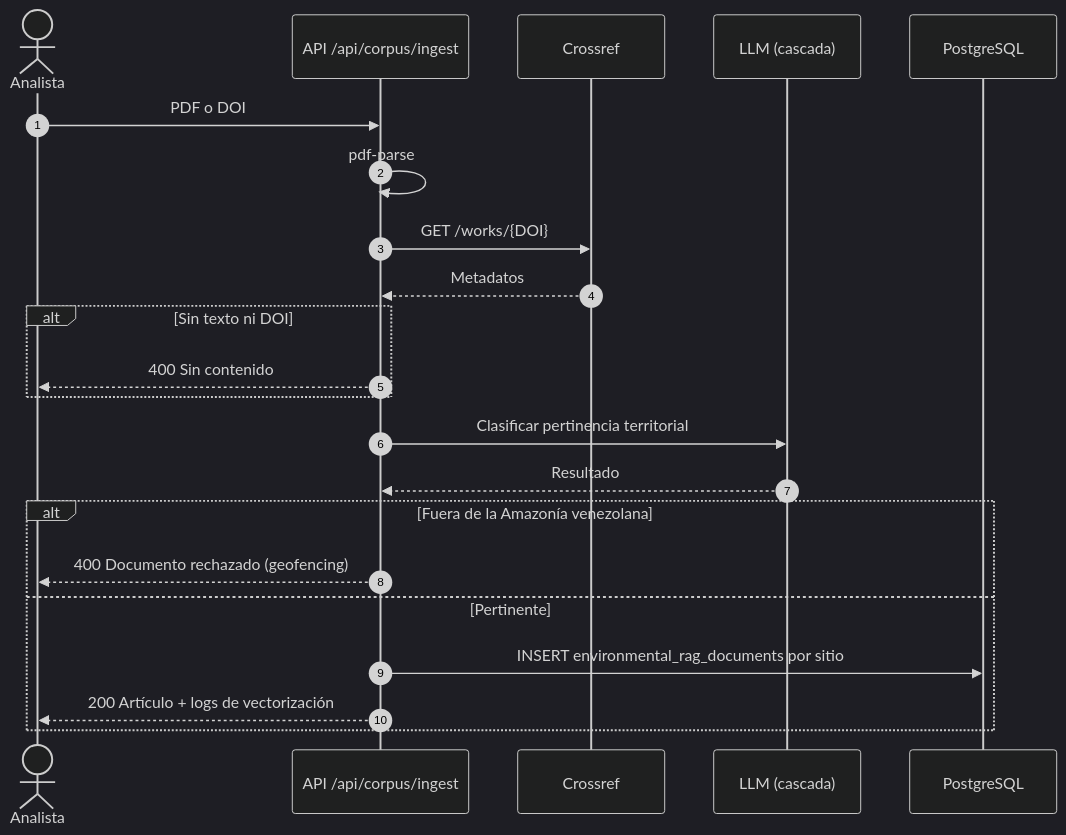
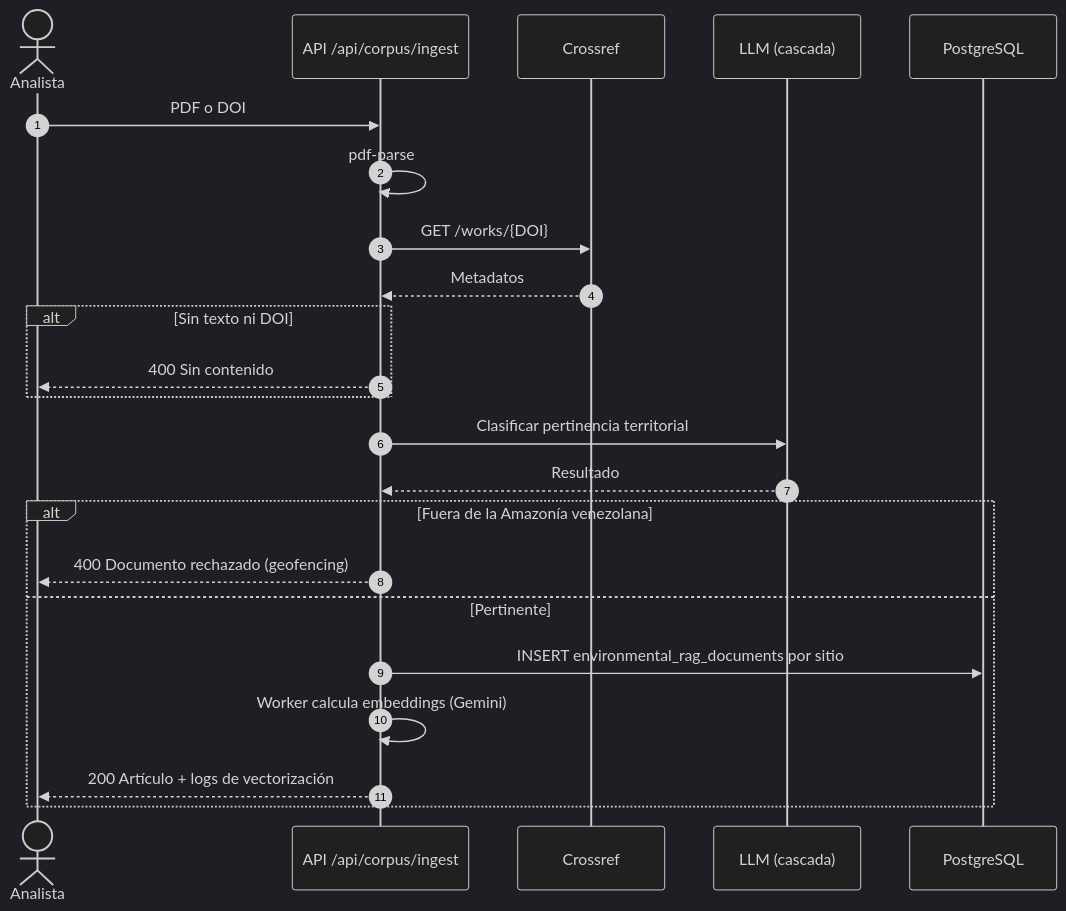
Before and after one commit to juliocanelon/centinela-orinoco-2026: the seventh of 15 diagrams in docs/informe-preliminar-claude.md, drawn with Mermaid (dark theme). The commit also changed other lines of this file and 4 other files, not shown here.

````diff
--- a/docs/informe-preliminar-claude.md
+++ b/docs/informe-preliminar-claude.md
@@ -522,24 +522,25 @@
 ```mermaid
 sequenceDiagram
   autonumber
   actor A as Analista
   participant API as API /api/corpus/ingest
   participant CR as Crossref
   participant L as LLM (cascada)
   participant P as PostgreSQL
   A->>API: PDF o DOI
   API->>API: pdf-parse
   API->>CR: GET /works/{DOI}
   CR-->>API: Metadatos
   alt Sin texto ni DOI
     API-->>A: 400 Sin contenido
   end
   API->>L: Clasificar pertinencia territorial
   L-->>API: Resultado
   alt Fuera de la Amazonía venezolana
     API-->>A: 400 Documento rechazado (geofencing)
   else Pertinente
     API->>P: INSERT environmental_rag_documents por sitio
+    API->>API: Worker calcula embeddings (Gemini)
     API-->>A: 200 Artículo + logs de vectorización
   end
 ```
````
